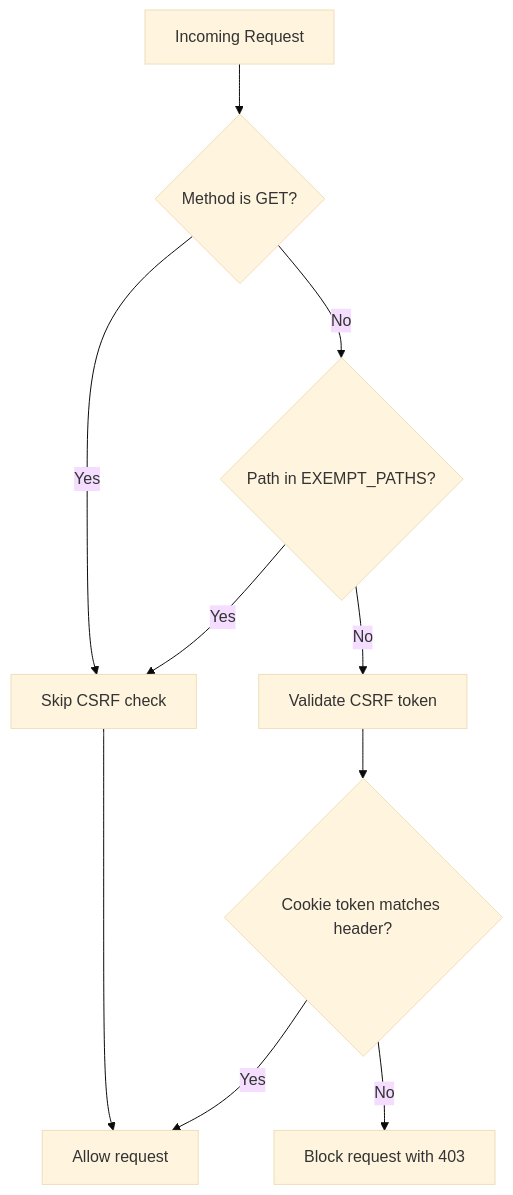
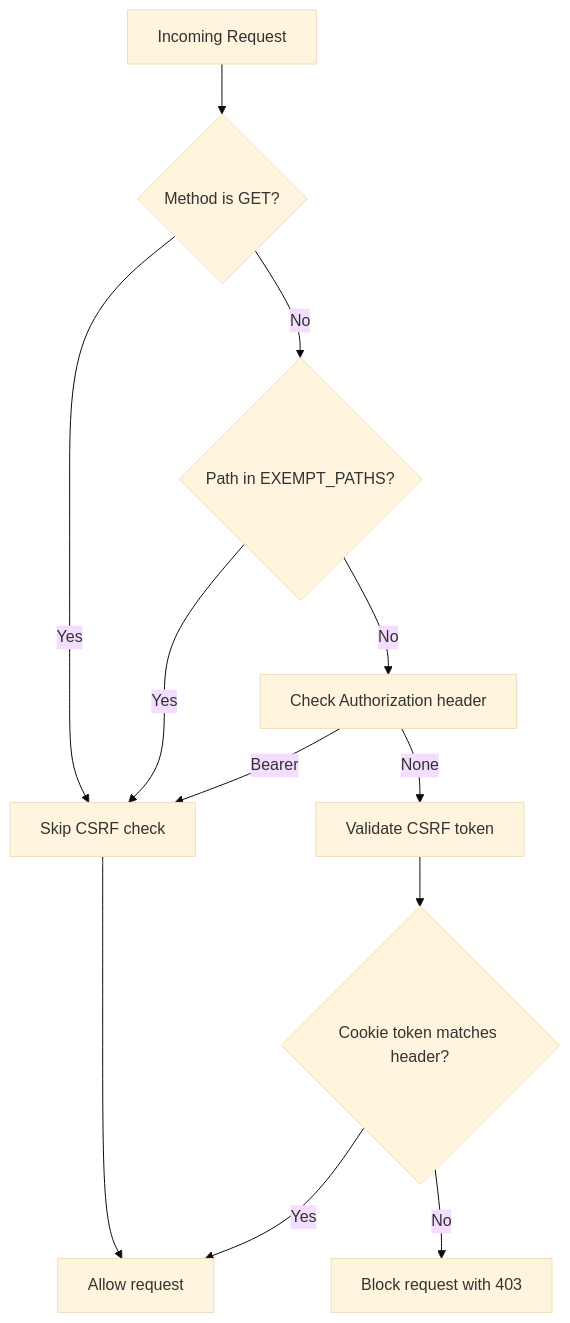
Before and after one commit to Revanththetalogics/aireume: diagram 12 of 13 in .qoder/repowiki/en/content/Authentication & Authorization/Frontend Authentication Context.md, drawn with Mermaid (base theme). The commit also changed other lines of this file and 15 other files, not shown here.

````diff
--- a/.qoder/repowiki/en/content/Authentication & Authorization/Frontend Authentication Context.md
+++ b/.qoder/repowiki/en/content/Authentication & Authorization/Frontend Authentication Context.md
@@ -446,12 +569,14 @@
 ```mermaid
 flowchart TD
 Request["Incoming Request"] --> Method{"Method is GET?"}
 Method --> |Yes| Exempt["Skip CSRF check"]
 Method --> |No| Path{"Path in EXEMPT_PATHS?"}
 Path --> |Yes| Exempt
-Path --> |No| Validate["Validate CSRF token"]
-Validate --> Match{"Cookie token matches header?"}
+Path --> |No| HeaderCheck["Check Authorization header"]
+HeaderCheck --> |Bearer| Exempt
+HeaderCheck --> |None| TokenCheck["Validate CSRF token"]
+TokenCheck --> Match{"Cookie token matches header?"}
 Match --> |Yes| Allow["Allow request"]
 Match --> |No| Block["Block request with 403"]
 Exempt --> Allow
 ```
````
